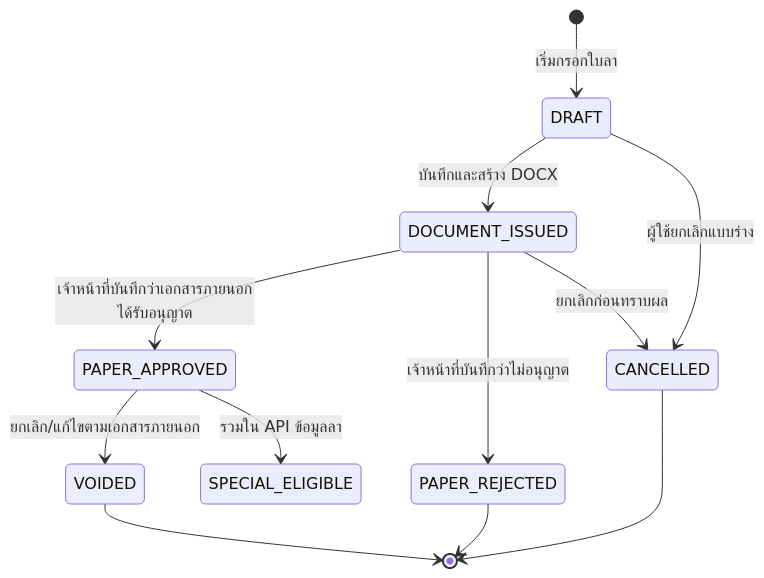
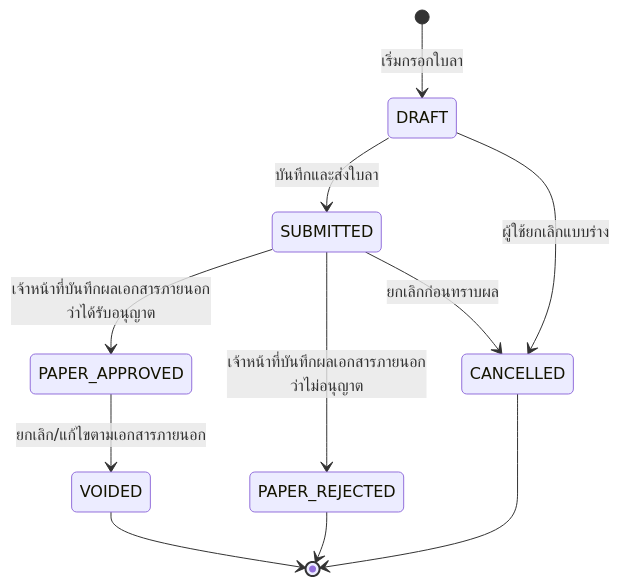
Before and after one commit to sarifmanung/One-Data-System-YalaPao: the fourth of 14 diagrams in One Data System - Reimplementation Blueprint.md, drawn with Mermaid. The commit also changed other lines of this file and 4 other files, not shown here.

````diff
--- a/One Data System - Reimplementation Blueprint.md
+++ b/One Data System - Reimplementation Blueprint.md
@@ -524,14 +528,13 @@
 ```mermaid
 stateDiagram-v2
     [*] --> DRAFT: เริ่มกรอกใบลา
-    DRAFT --> DOCUMENT_ISSUED: บันทึกและสร้าง DOCX
-    DOCUMENT_ISSUED --> PAPER_APPROVED: เจ้าหน้าที่บันทึกว่าเอกสารภายนอกได้รับอนุญาต
-    DOCUMENT_ISSUED --> PAPER_REJECTED: เจ้าหน้าที่บันทึกว่าไม่อนุญาต
+    DRAFT --> SUBMITTED: บันทึกและส่งใบลา
+    SUBMITTED --> PAPER_APPROVED: เจ้าหน้าที่บันทึกผลเอกสารภายนอกว่าได้รับอนุญาต
+    SUBMITTED --> PAPER_REJECTED: เจ้าหน้าที่บันทึกผลเอกสารภายนอกว่าไม่อนุญาต
     DRAFT --> CANCELLED: ผู้ใช้ยกเลิกแบบร่าง
-    DOCUMENT_ISSUED --> CANCELLED: ยกเลิกก่อนทราบผล
+    SUBMITTED --> CANCELLED: ยกเลิกก่อนทราบผล
     PAPER_APPROVED --> VOIDED: ยกเลิก/แก้ไขตามเอกสารภายนอก
-    PAPER_APPROVED --> SPECIAL_ELIGIBLE: รวมใน API ข้อมูลลา
     PAPER_REJECTED --> [*]
     CANCELLED --> [*]
     VOIDED --> [*]
 ```
````
